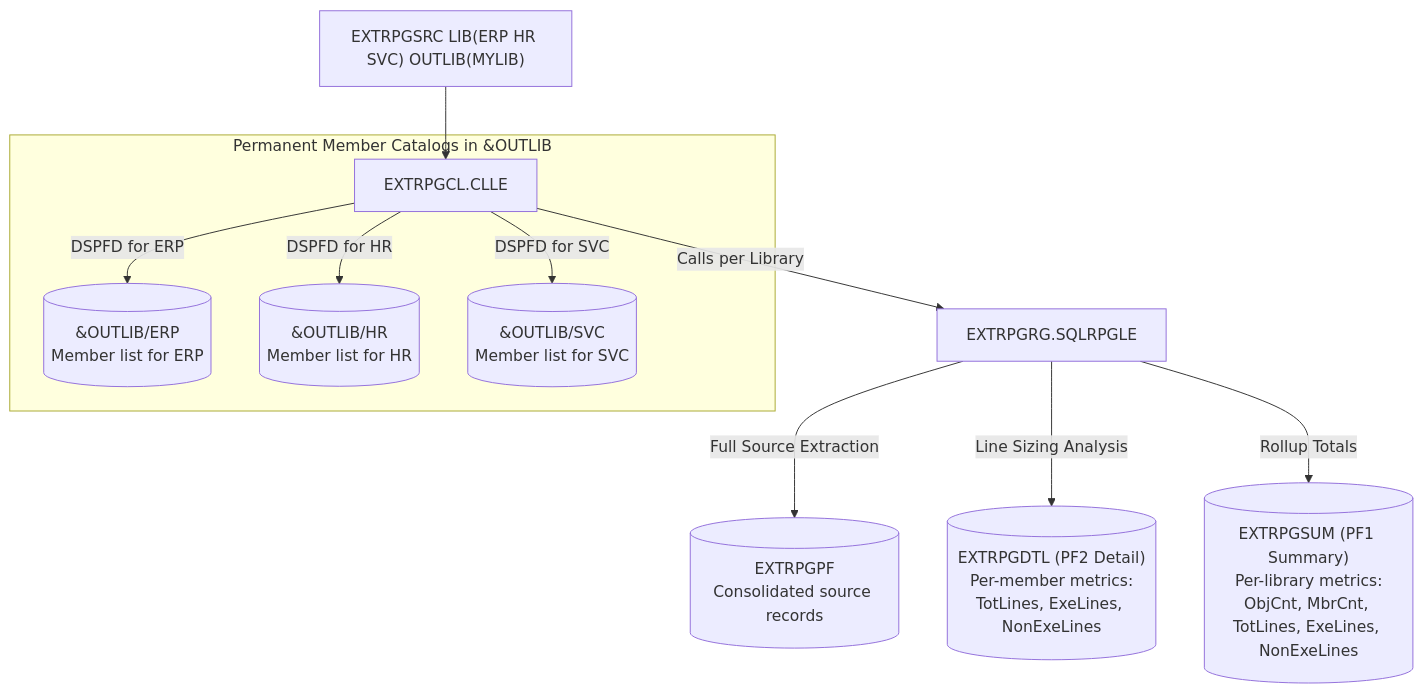
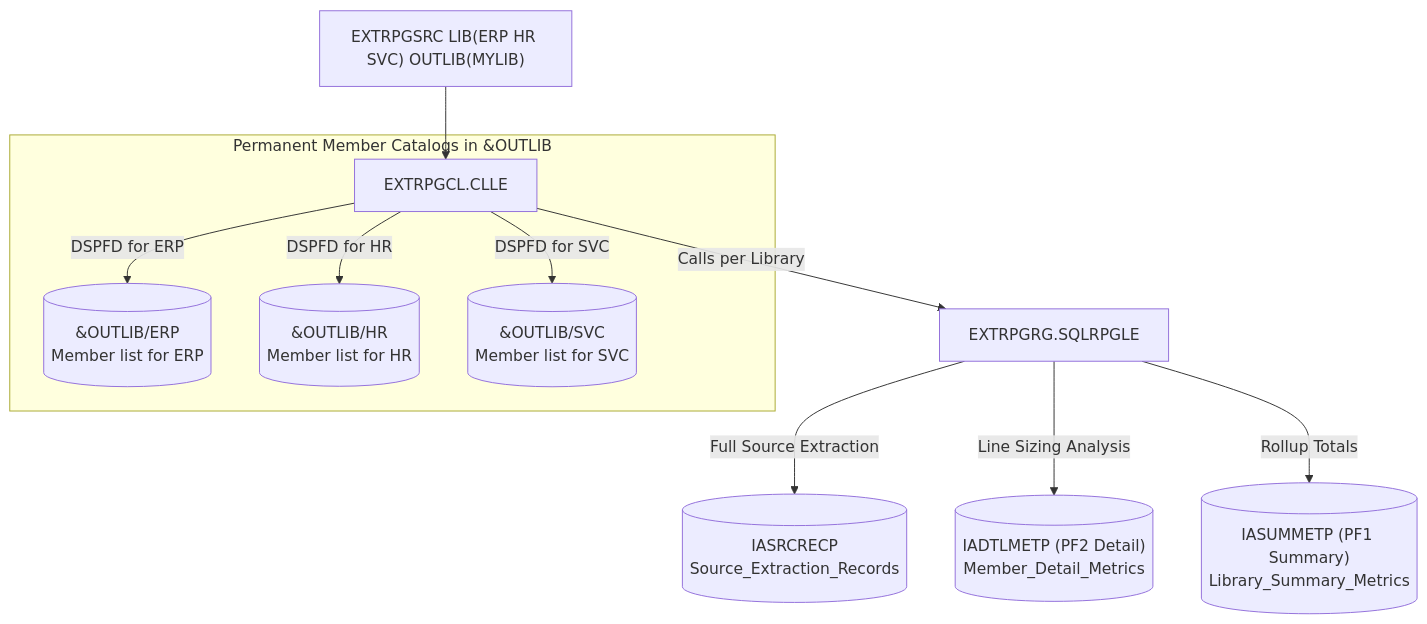
One commit to dkumarsing7/Ajeet-task changed the diagram in README.md. Above: the diagram before and after it, drawn with Mermaid. The commit also changed other lines of this file and 8 other files, not shown here.

````diff
--- a/README.md
+++ b/README.md
@@ -11,16 +40,16 @@
 ```mermaid
 flowchart TD
     CMD["EXTRPGSRC LIB(ERP HR SVC) OUTLIB(MYLIB)"] --> CL["EXTRPGCL.CLLE"]
     
     subgraph Catalogs ["Permanent Member Catalogs in &OUTLIB"]
         CL -->|DSPFD for ERP| CAT1[("&OUTLIB/ERP<br/>Member list for ERP")]
         CL -->|DSPFD for HR| CAT2[("&OUTLIB/HR<br/>Member list for HR")]
         CL -->|DSPFD for SVC| CAT3[("&OUTLIB/SVC<br/>Member list for SVC")]
     end
 
     CL -->|Calls per Library| RPG["EXTRPGRG.SQLRPGLE"]
     
-    RPG -->|Full Source Extraction| T2[("EXTRPGPF<br/>Consolidated source records")]
-    RPG -->|Line Sizing Analysis| T3[("EXTRPGDTL (PF2 Detail)<br/>Per-member metrics:<br/>TotLines, ExeLines, NonExeLines")]
-    RPG -->|Rollup Totals| T4[("EXTRPGSUM (PF1 Summary)<br/>Per-library metrics:<br/>ObjCnt, MbrCnt, TotLines, ExeLines, NonExeLines")]
+    RPG -->|Full Source Extraction| T2[("IASRCRECP<br/>Source_Extraction_Records")]
+    RPG -->|Line Sizing Analysis| T3[("IADTLMETP (PF2 Detail)<br/>Member_Detail_Metrics")]
+    RPG -->|Rollup Totals| T4[("IASUMMETP (PF1 Summary)<br/>Library_Summary_Metrics")]
 ```
````
